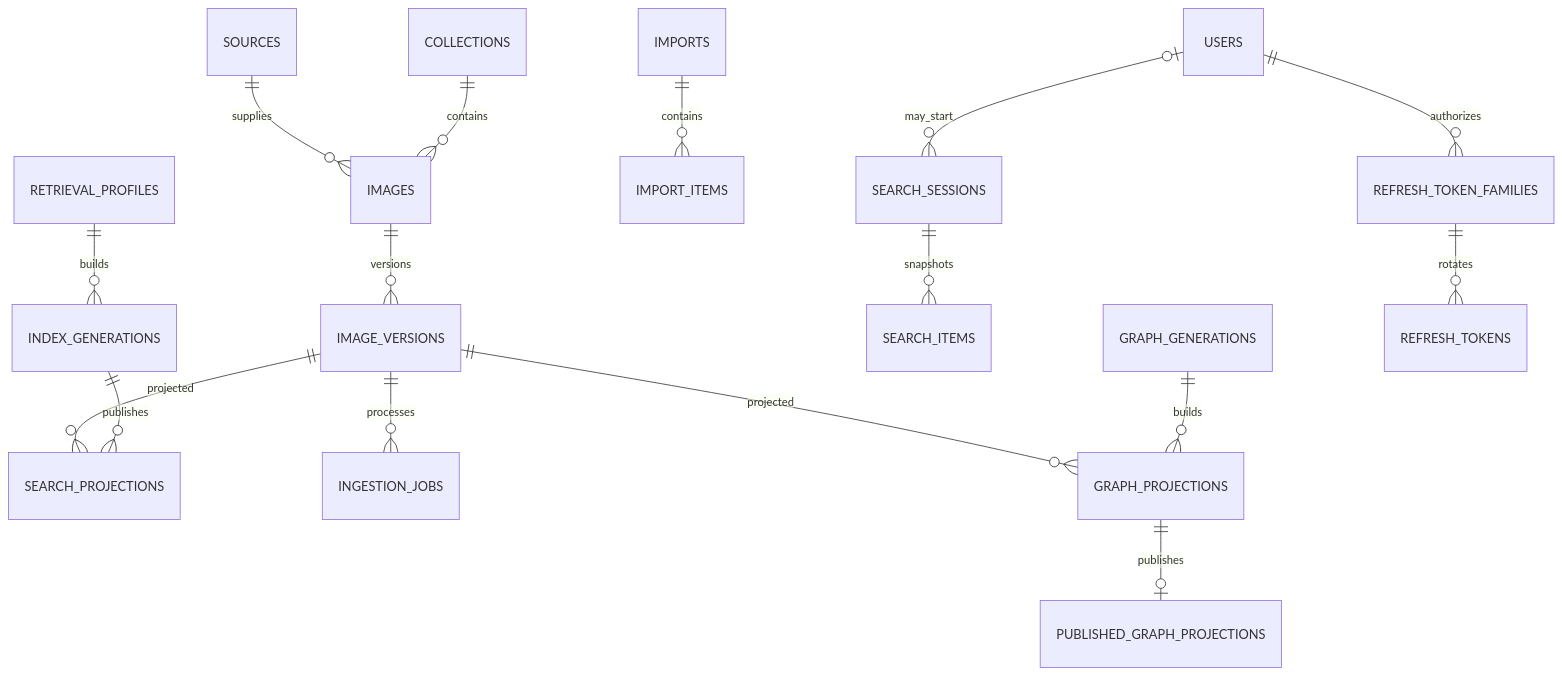
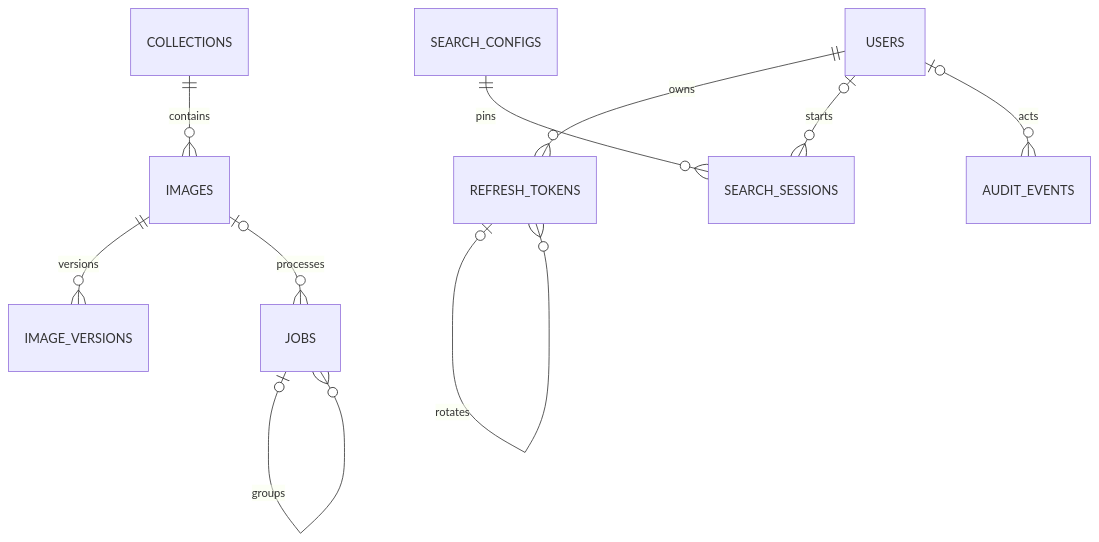
The diagram in docs/data-model.md (thong0609/image-search), drawn with Mermaid before and after one commit. The commit also changed other lines of this file and 18 other files, not shown here.

````diff
--- a/docs/data-model.md
+++ b/docs/data-model.md
@@ -7,18 +19,12 @@
 ```mermaid
 erDiagram
-    SOURCES ||--o{ IMAGES : supplies
+    USERS ||--o{ REFRESH_TOKENS : owns
+    REFRESH_TOKENS o|--o{ REFRESH_TOKENS : rotates
     COLLECTIONS ||--o{ IMAGES : contains
     IMAGES ||--o{ IMAGE_VERSIONS : versions
-    IMAGE_VERSIONS ||--o{ SEARCH_PROJECTIONS : projected
-    RETRIEVAL_PROFILES ||--o{ INDEX_GENERATIONS : builds
-    INDEX_GENERATIONS ||--o{ SEARCH_PROJECTIONS : publishes
-    IMPORTS ||--o{ IMPORT_ITEMS : contains
-    IMAGE_VERSIONS ||--o{ INGESTION_JOBS : processes
-    SEARCH_SESSIONS ||--o{ SEARCH_ITEMS : snapshots
-    IMAGE_VERSIONS ||--o{ GRAPH_PROJECTIONS : projected
-    GRAPH_GENERATIONS ||--o{ GRAPH_PROJECTIONS : builds
-    GRAPH_PROJECTIONS ||--o| PUBLISHED_GRAPH_PROJECTIONS : publishes
-    USERS ||--o{ REFRESH_TOKEN_FAMILIES : authorizes
-    REFRESH_TOKEN_FAMILIES ||--o{ REFRESH_TOKENS : rotates
-    USERS o|--o{ SEARCH_SESSIONS : may_start
+    JOBS o|--o{ JOBS : groups
+    IMAGES o|--o{ JOBS : processes
+    SEARCH_CONFIGS ||--o{ SEARCH_SESSIONS : pins
+    USERS o|--o{ SEARCH_SESSIONS : starts
+    USERS o|--o{ AUDIT_EVENTS : acts
 ```
````
